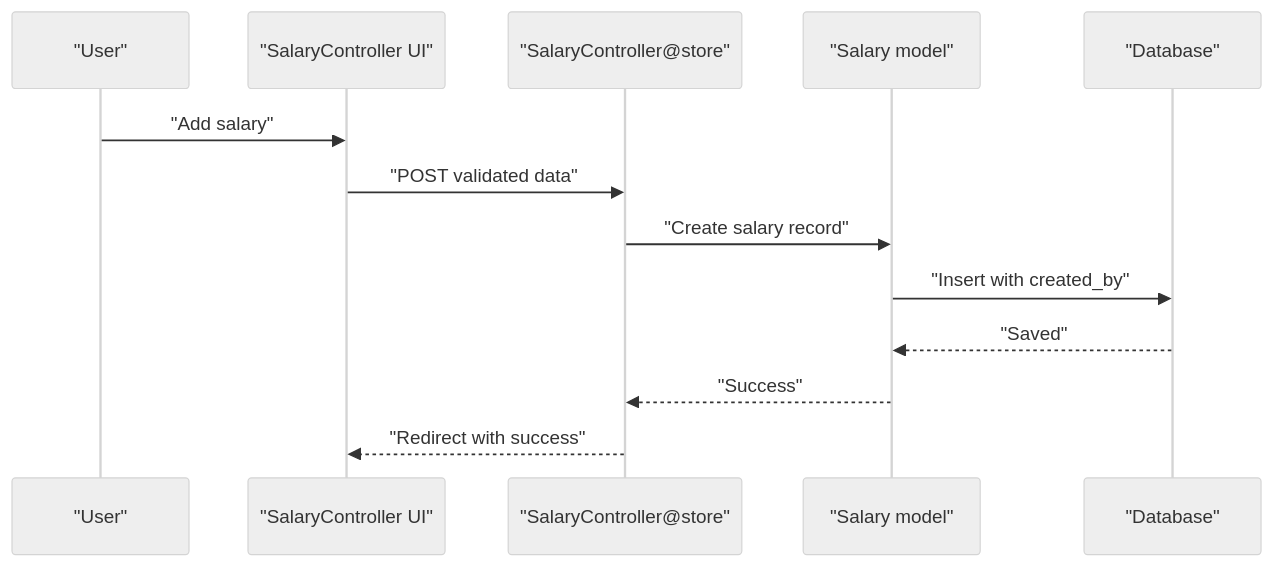
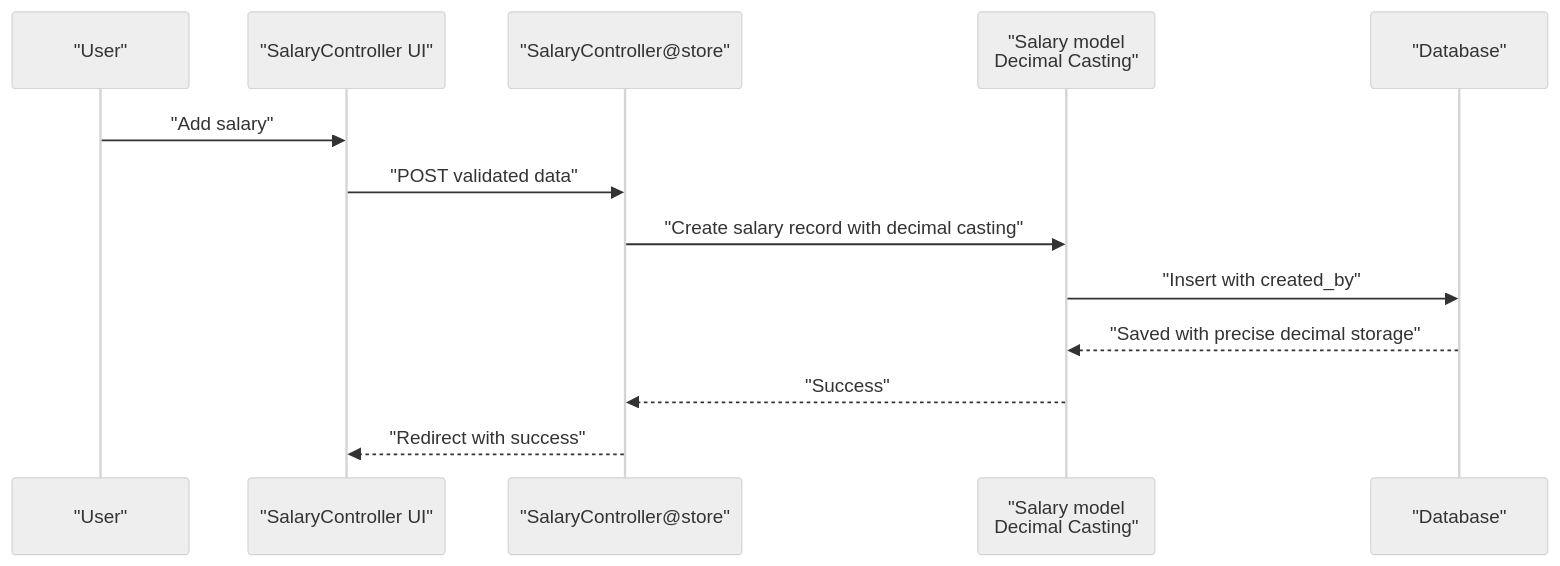
Before and after one commit to vincet0t15/template: the fourth of 10 diagrams in .qoder/repowiki/en/content/Payroll System/Payroll System.md, drawn with Mermaid (neutral theme). The commit also changed other lines of this file and 13 other files, not shown here.

````diff
--- a/.qoder/repowiki/en/content/Payroll System/Payroll System.md
+++ b/.qoder/repowiki/en/content/Payroll System/Payroll System.md
@@ -181,15 +196,15 @@
 ```mermaid
 sequenceDiagram
 participant U as "User"
 participant FE as "SalaryController UI"
 participant SC as "SalaryController@store"
-participant SM as "Salary model"
+participant SM as "Salary model<br/>Decimal Casting"
 participant DB as "Database"
 U->>FE : "Add salary"
 FE->>SC : "POST validated data"
-SC->>SM : "Create salary record"
+SC->>SM : "Create salary record with decimal casting"
 SM->>DB : "Insert with created_by"
-DB-->>SM : "Saved"
+DB-->>SM : "Saved with precise decimal storage"
 SM-->>SC : "Success"
 SC-->>FE : "Redirect with success"
 ```
````
